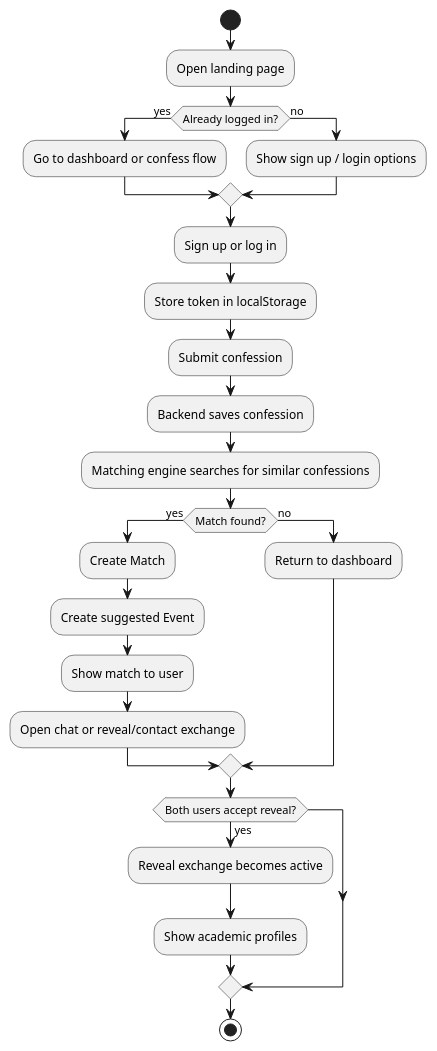
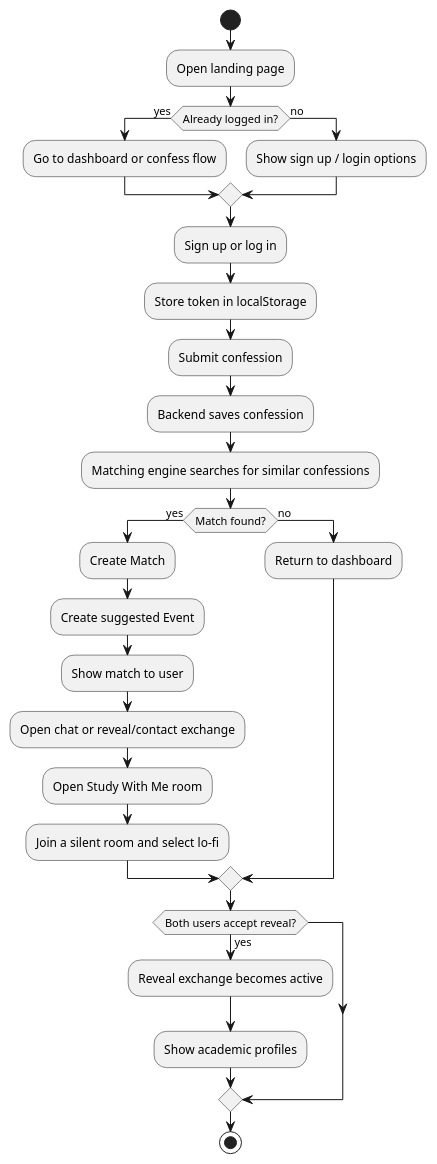
The diagram in documentation/uml-activity-user-flow.puml (Ghofranz/anti_depression), drawn with PlantUML before and after one commit. The commit also changed 70 other files, not shown here.

```diff
--- a/documentation/uml-activity-user-flow.puml
+++ b/documentation/uml-activity-user-flow.puml
@@ -1,27 +1,29 @@
 @startuml
 start
 :Open landing page;
 if (Already logged in?) then (yes)
   :Go to dashboard or confess flow;
 else (no)
   :Show sign up / login options;
 endif
 :Sign up or log in;
 :Store token in localStorage;
 :Submit confession;
 :Backend saves confession;
 :Matching engine searches for similar confessions;
 if (Match found?) then (yes)
   :Create Match;
   :Create suggested Event;
   :Show match to user;
   :Open chat or reveal/contact exchange;
+  :Open Study With Me room;
+  :Join a silent room and select lo-fi;
 else (no)
   :Return to dashboard;
 endif
 if (Both users accept reveal?) then (yes)
   :Reveal exchange becomes active;
   :Show academic profiles;
 endif
 stop
 @enduml
```
